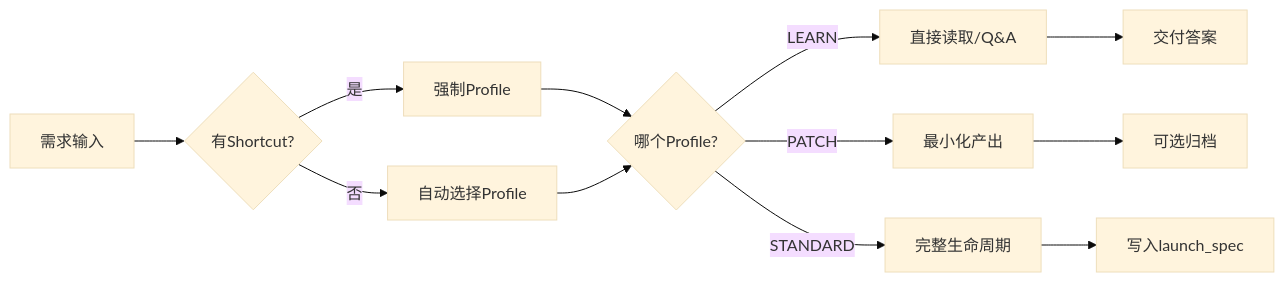
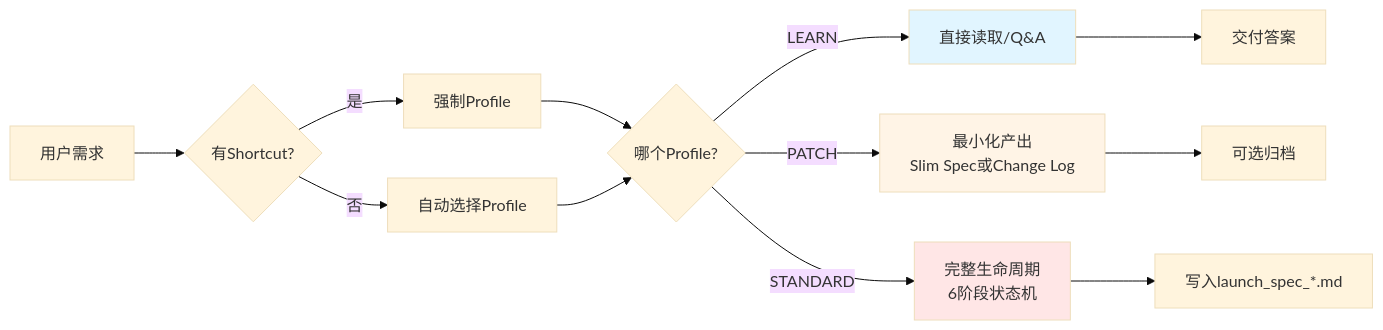
The fifth of 25 diagrams in ENGINEERING_MANUAL_zh.md (listener-He/java-harness-agent), drawn with Mermaid (base theme) before and after one commit. The commit also changed other lines of this file and 28 other files, not shown here.

````diff
--- a/ENGINEERING_MANUAL_zh.md
+++ b/ENGINEERING_MANUAL_zh.md
@@ -374,14 +855,18 @@
 ```mermaid
 flowchart LR
-  A[需求输入] --> B{有Shortcut?}
-  B -->|是| C[强制Profile]
-  B -->|否| D[自动选择Profile]
-  C --> E{哪个Profile?}
-  D --> E
-  E -->|LEARN| F[直接读取/Q&A]
-  E -->|PATCH| G[最小化产出]
-  E -->|STANDARD| H[完整生命周期]
-  F --> I[交付答案]
-  G --> J[可选归档]
-  H --> K[写入launch_spec]
+    A[用户需求] --> B{有Shortcut?}
+    B -->|是| C[强制Profile]
+    B -->|否| D[自动选择Profile]
+    C --> E{哪个Profile?}
+    D --> E
+    E -->|LEARN| F[直接读取/Q&A]
+    E -->|PATCH| G[最小化产出<br/>Slim Spec或Change Log]
+    E -->|STANDARD| H[完整生命周期<br/>6阶段状态机]
+    F --> I[交付答案]
+    G --> J[可选归档]
+    H --> K[写入launch_spec_*.md]
+    
+    style F fill:#e1f5ff
+    style G fill:#fff4e6
+    style H fill:#ffe6e6
 ```
````
